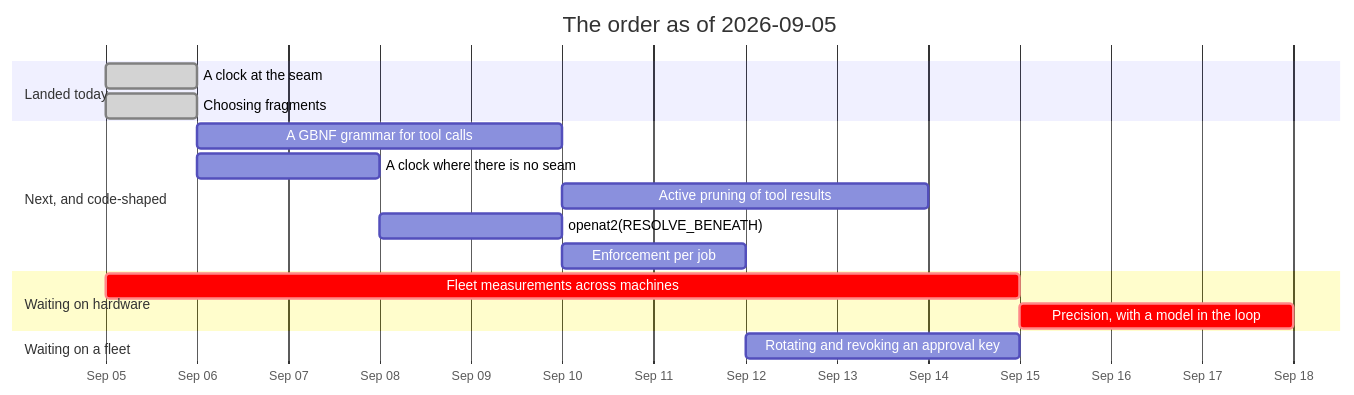
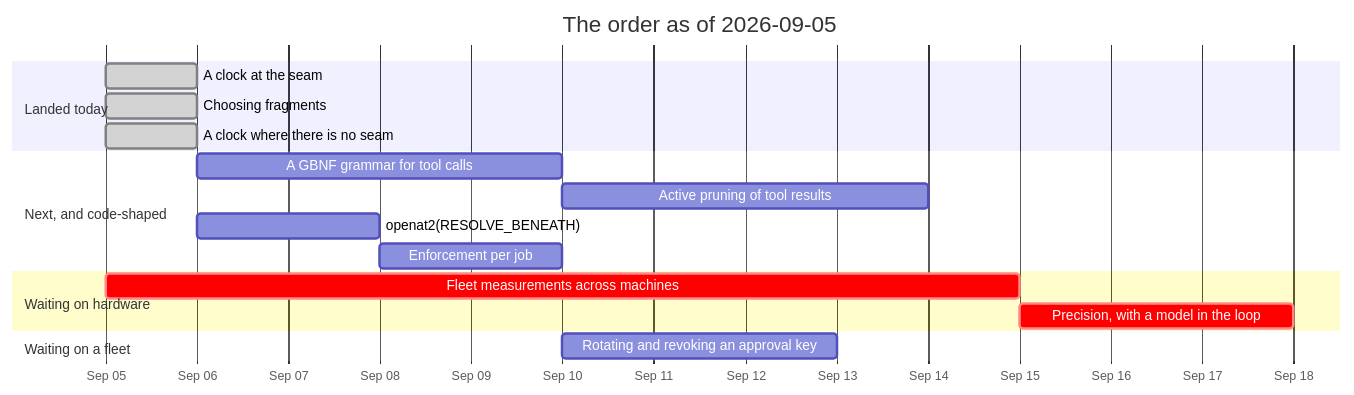
One commit to jgermade/luu changed the diagram in ROADMAP/2026-09-05/README.md. Above: the diagram before and after it, drawn with Mermaid. The commit also changed other lines of this file and 15 other files, not shown here.

First line of the commit message:
feat: one clock over every tool call, where the default runtime finally has one

````diff
--- a/ROADMAP/2026-09-05/README.md
+++ b/ROADMAP/2026-09-05/README.md
@@ -37,20 +38,20 @@
 ```mermaid
 gantt
     title The order as of 2026-09-05
     dateFormat YYYY-MM-DD
     axisFormat %b %d
     section Landed today
     A clock at the seam                    :done, clock, 2026-09-05, 1d
     Choosing fragments                     :done, frag, 2026-09-05, 1d
+    A clock where there is no seam         :done, hostclock, 2026-09-05, 1d
     section Next, and code-shaped
     A GBNF grammar for tool calls          :gbnf, 2026-09-06, 4d
-    A clock where there is no seam         :hostclock, 2026-09-06, 2d
     Active pruning of tool results         :prune, after gbnf, 4d
-    openat2(RESOLVE_BENEATH)               :toctou, after hostclock, 2d
+    openat2(RESOLVE_BENEATH)               :toctou, 2026-09-06, 2d
     Enforcement per job                    :enf, after toctou, 2d
     section Waiting on hardware
     Fleet measurements across machines     :crit, bench, 2026-09-05, 10d
     Precision, with a model in the loop    :crit, prec, after bench, 3d
     section Waiting on a fleet
     Rotating and revoking an approval key  :keys, after enf, 3d
 ```
````
